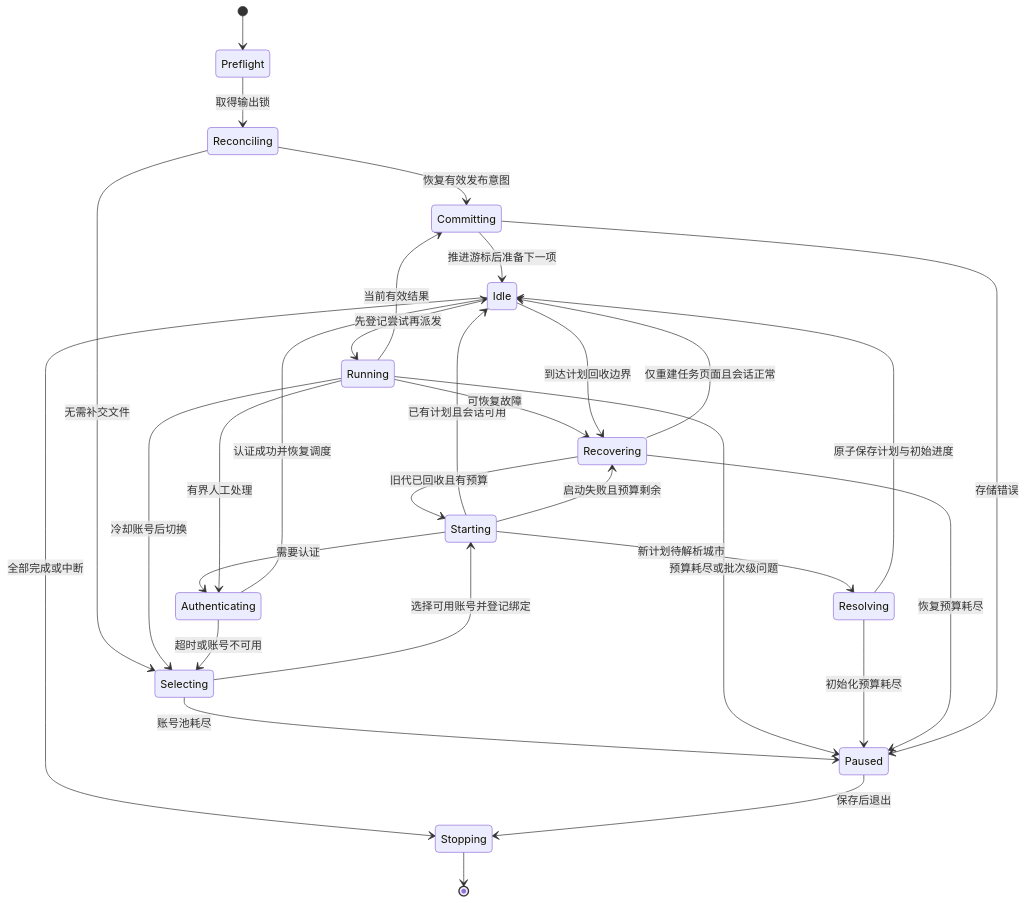
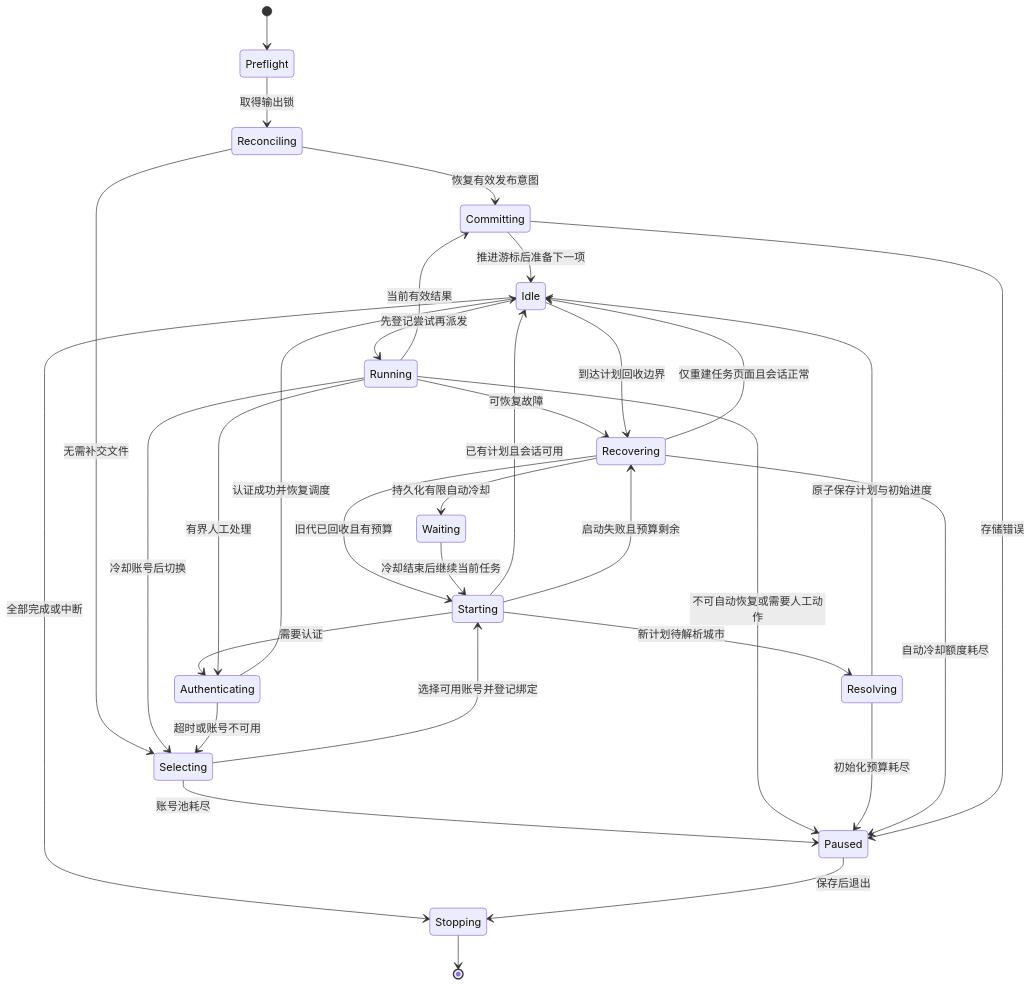
One commit to Suysker/Ctrip-Crawler changed the third of 4 diagrams in docs/concepts/CON-002-v4-design.md. Above: the diagram before and after it, drawn with Mermaid. The commit also changed other lines of this file and 22 other files, not shown here.

````diff
--- a/docs/concepts/CON-002-v4-design.md
+++ b/docs/concepts/CON-002-v4-design.md
@@ -516,32 +535,34 @@
 ```mermaid
 stateDiagram-v2
     [*] --> Preflight
     Preflight --> Reconciling: 取得输出锁
     Reconciling --> Committing: 恢复有效发布意图
     Reconciling --> Selecting: 无需补交文件
     Selecting --> Starting: 选择可用账号并登记绑定
     Selecting --> Paused: 账号池耗尽
     Starting --> Resolving: 新计划待解析城市
     Resolving --> Idle: 原子保存计划与初始进度
     Starting --> Idle: 已有计划且会话可用
     Starting --> Authenticating: 需要认证
     Starting --> Recovering: 启动失败且预算剩余
     Idle --> Running: 先登记尝试再派发
     Running --> Committing: 当前有效结果
     Committing --> Idle: 推进游标后准备下一项
     Running --> Recovering: 可恢复故障
     Recovering --> Starting: 旧代已回收且有预算
     Recovering --> Idle: 仅重建任务页面且会话正常
     Idle --> Recovering: 到达计划回收边界
     Running --> Selecting: 冷却账号后切换
     Running --> Authenticating: 有界人工处理
     Authenticating --> Selecting: 超时或账号不可用
     Authenticating --> Idle: 认证成功并恢复调度
-    Running --> Paused: 预算耗尽或批次级问题
+    Running --> Paused: 不可自动恢复或需要人工动作
     Resolving --> Paused: 初始化预算耗尽
-    Recovering --> Paused: 恢复预算耗尽
+    Recovering --> Waiting: 持久化有限自动冷却
+    Waiting --> Starting: 冷却结束后继续当前任务
+    Recovering --> Paused: 自动冷却额度耗尽
     Committing --> Paused: 存储错误
     Idle --> Stopping: 全部完成或中断
     Paused --> Stopping: 保存后退出
     Stopping --> [*]
 ```
````
